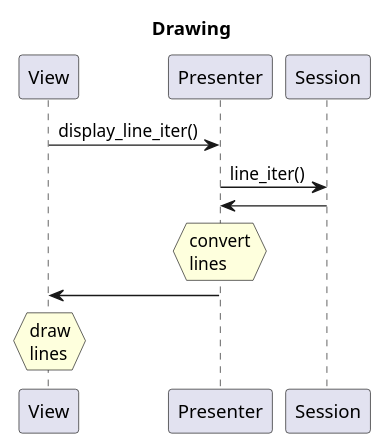
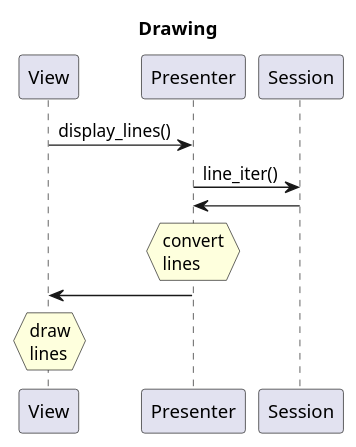
The third of 7 diagrams in doc/architecture.pu (LarsEKrueger/bite), drawn with PlantUML before and after one commit. The commit also changed other lines of this file and 11 other files, not shown here.

```diff
--- a/doc/architecture.pu
+++ b/doc/architecture.pu
@@ -97,10 +93,10 @@
 @startuml
 title Drawing
 
-View -> Presenter : display_line_iter()
+View -> Presenter : display_lines()
 Presenter -> Session : line_iter()
 Session -> Presenter
 hnote over Presenter : convert\nlines
 Presenter -> View
 hnote over View : draw\nlines
 @enduml
```
